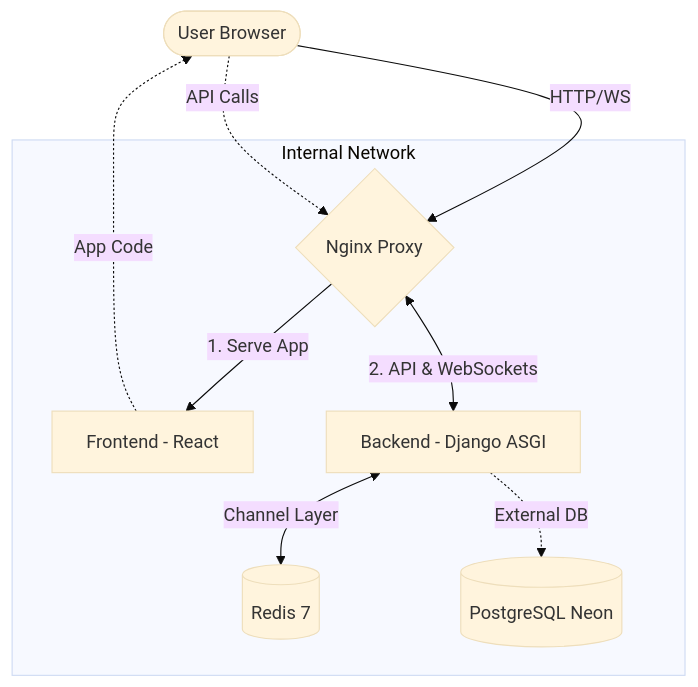
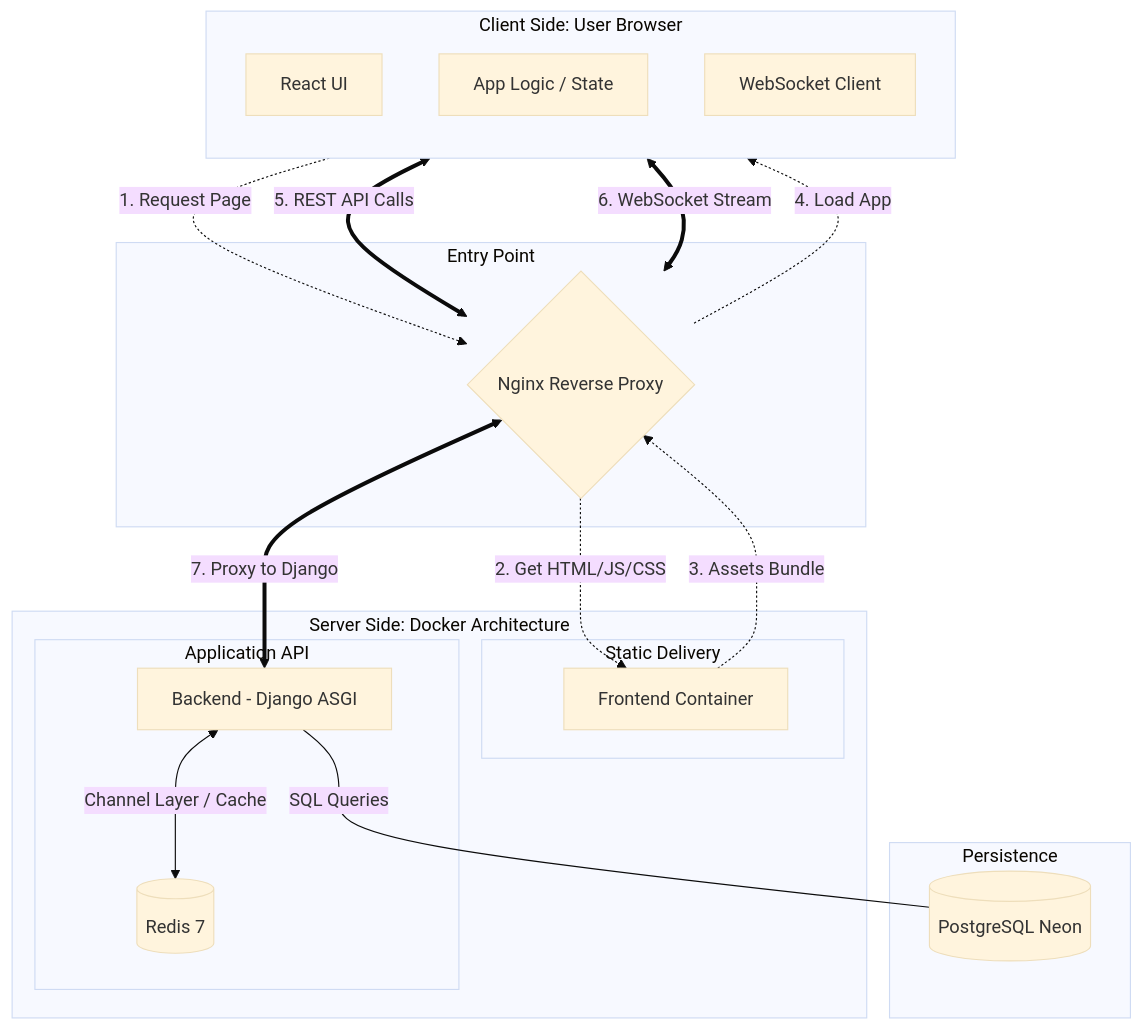
Before and after one commit to antekgorski/ft_transcendence: the first of 2 diagrams in README.md, drawn with Mermaid (base theme). The commit also changed other lines of this file, not shown here.

Commit message:
Enhance infrastructure diagram to separate client-side execution from server-side services

````diff
--- a/README.md
+++ b/README.md
@@ -70,16 +70,43 @@
 ```mermaid
 flowchart TD
-    User([User Browser]) -->|HTTP/WS| Nginx{Nginx Proxy}
-    
-    subgraph "Internal Network"
-    Nginx -->|1. Serve App| Frontend[Frontend - React]
-    Nginx <-->|2. API & WebSockets| Backend[Backend - Django ASGI]
-    
-    Backend <-->|Channel Layer| Redis[(Redis 7)]
-    Backend -.->|External DB| PostgreSQL[(PostgreSQL Neon)]
+    subgraph ClientSide [Client Side: User Browser]
+        direction TB
+        UI[React UI]
+        Logic[App Logic / State]
+        WS_Client[WebSocket Client]
     end
 
-    %% Note: Frontend code executes in the User's Browser
-    Frontend -.->|App Code| User
-    User -.->|API Calls| Nginx
+    subgraph Gateway [Entry Point]
+        Nginx{Nginx Reverse Proxy}
+    end
+
+    subgraph AppServices [Server Side: Docker Architecture]
+        subgraph Serving [Static Delivery]
+            Frontend[Frontend Container]
+        end
+
+        subgraph LogicLayer [Application API]
+            Backend[Backend - Django ASGI]
+            Redis[(Redis 7)]
+        end
+    end
+
+    subgraph Data [Persistence]
+        PostgreSQL[(PostgreSQL Neon)]
+    end
+
+    %% Phase 1: Serving the Application
+    UI -.->|1. Request Page| Nginx
+    Nginx -.->|2. Get HTML/JS/CSS| Frontend
+    Frontend -.->|3. Assets Bundle| Nginx
+    Nginx -.->|4. Load App| UI
+
+    %% Phase 2: Runtime Communication
+    Logic <==>|5. REST API Calls| Nginx
+    WS_Client <==>|6. WebSocket Stream| Nginx
+    Nginx <==>|7. Proxy to Django| Backend
+
+    %% Internal Backend Flow
+    Backend <-->|Channel Layer / Cache| Redis
+    Backend ---|SQL Queries| PostgreSQL
 ```
````
